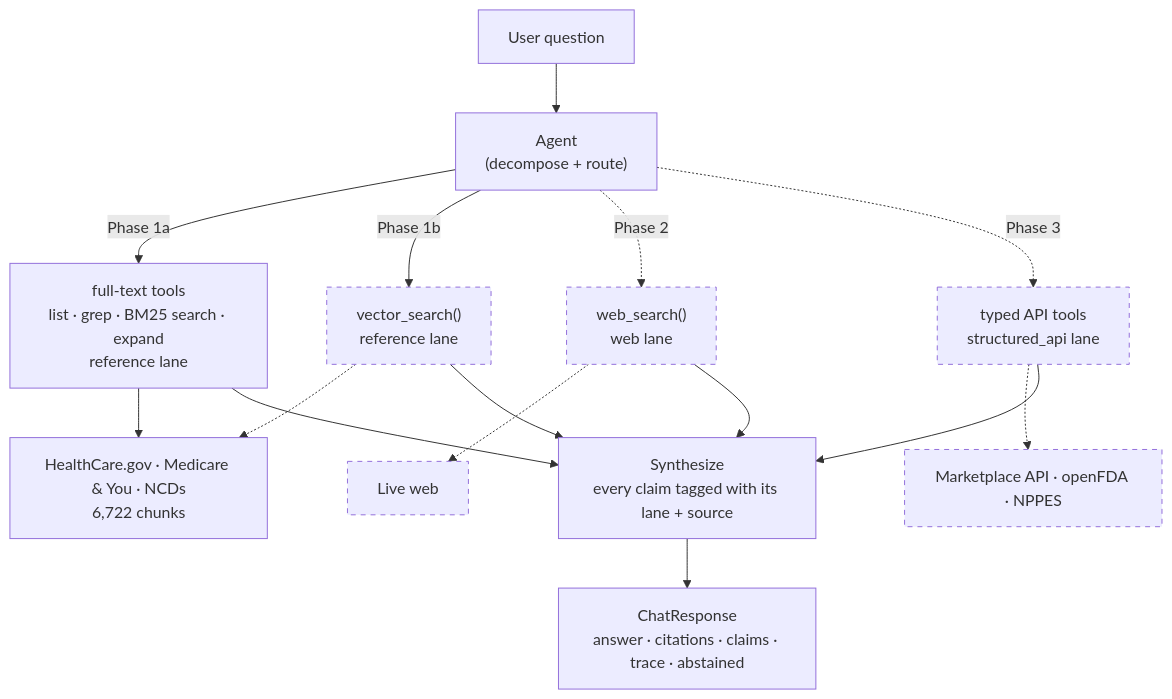
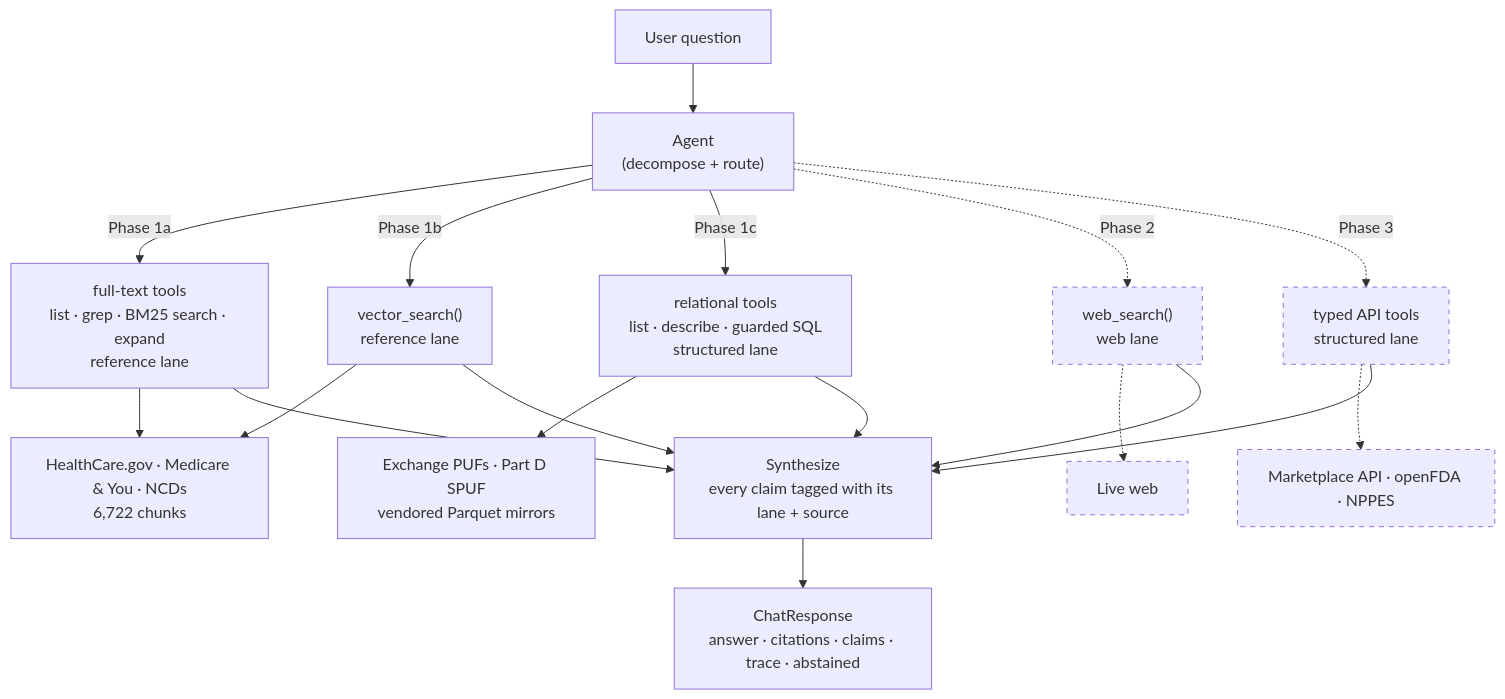
Before and after one commit to ohandyya/health-coverage-navigator: the first of 3 diagrams in README.md, drawn with Mermaid. The commit also changed other lines of this file and 50 other files, not shown here.

````diff
--- a/README.md
+++ b/README.md
@@ -135,26 +187,28 @@
 ```mermaid
 flowchart TD
     Q["User question"] --> AG["Agent<br/>(decompose + route)"]
 
     AG -->|Phase 1a| R["full-text tools<br/>list · grep · BM25 search · expand<br/>reference lane"]
     AG -->|Phase 1b| V["vector_search()<br/>reference lane"]
+    AG -->|Phase 1c| D["relational tools<br/>list · describe · guarded SQL<br/>structured lane"]
     AG -.->|Phase 2| W["web_search()<br/>web lane"]
-    AG -.->|Phase 3| S["typed API tools<br/>structured_api lane"]
+    AG -.->|Phase 3| S["typed API tools<br/>structured lane"]
 
     R --> C1["HealthCare.gov · Medicare &amp; You · NCDs<br/>6,722 chunks"]
-    V -.-> C1
+    V --> C1
+    D --> C4["Exchange PUFs · Part D SPUF<br/>vendored Parquet mirrors"]
     W -.-> C2["Live web"]
     S -.-> C3["Marketplace API · openFDA · NPPES"]
 
     R --> SY["Synthesize<br/>every claim tagged with its lane + source"]
     V --> SY
+    D --> SY
     W --> SY
     S --> SY
     SY --> RESP["ChatResponse<br/>answer · citations · claims · trace · abstained"]
 
-    style V stroke-dasharray: 5 5
     style W stroke-dasharray: 5 5
     style S stroke-dasharray: 5 5
     style C2 stroke-dasharray: 5 5
     style C3 stroke-dasharray: 5 5
 ```
````
